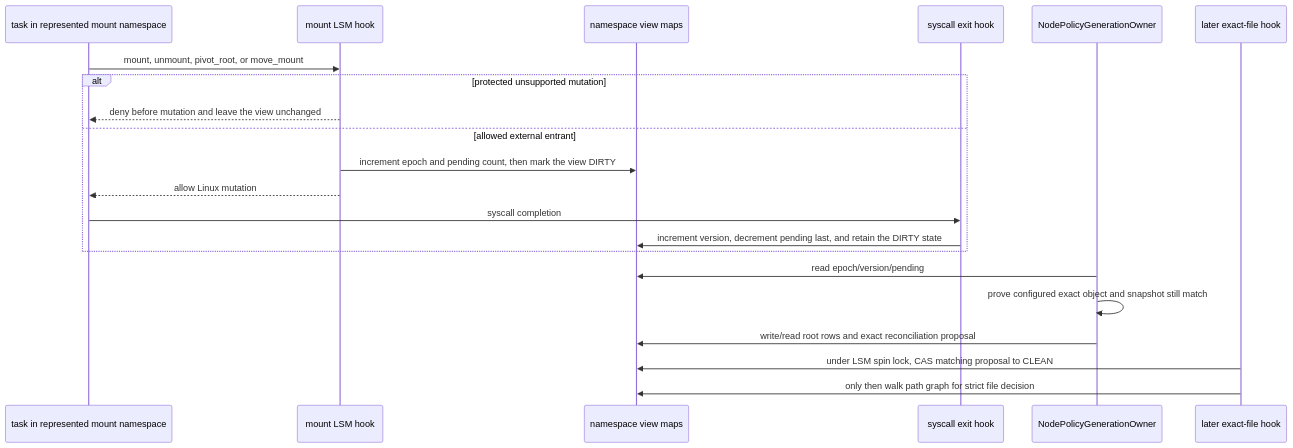
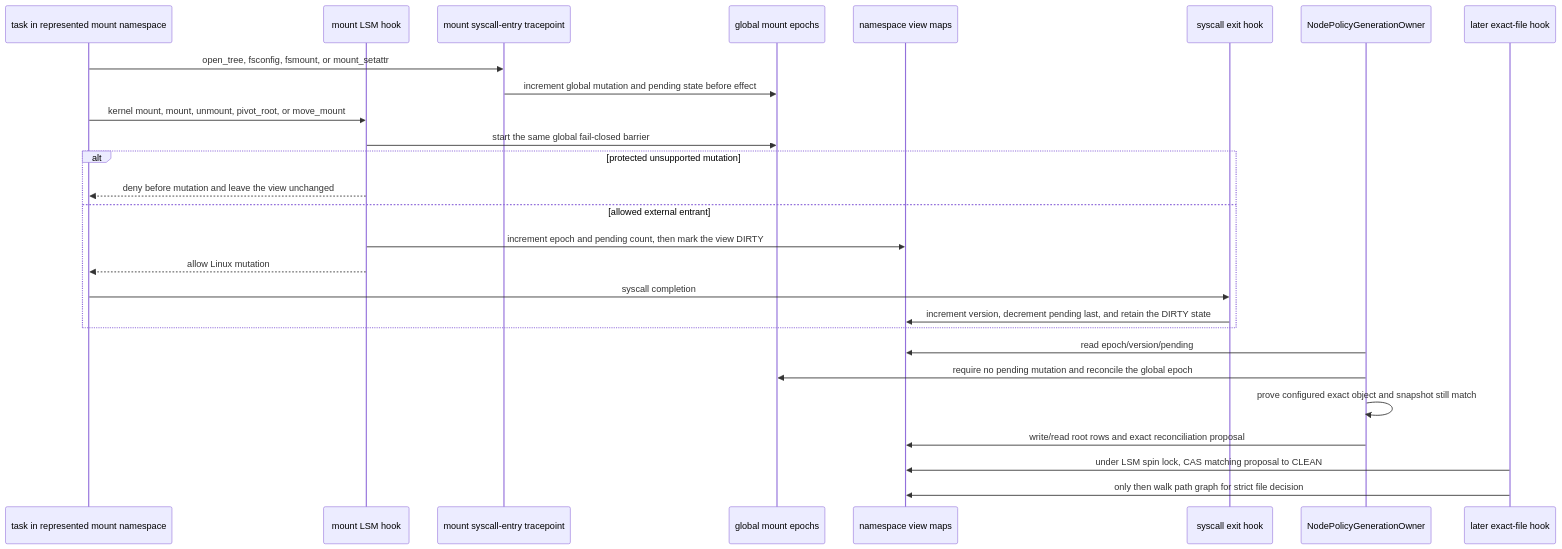
Diagram 18 of 20 in docs/plans/mithril-hugging-face-intrusion-prevention/implemented-phase-review.md (Ereborlabs/erebor-runtime), drawn with Mermaid before and after one commit. The commit also changed other lines of this file and 67 other files, not shown here.

````diff
--- a/docs/plans/mithril-hugging-face-intrusion-prevention/implemented-phase-review.md
+++ b/docs/plans/mithril-hugging-face-intrusion-prevention/implemented-phase-review.md
@@ -1047,24 +1172,30 @@
 ```mermaid
 sequenceDiagram
     participant A as task in represented mount namespace
     participant L as mount LSM hook
+    participant S as mount syscall-entry tracepoint
+    participant G as global mount epochs
     participant V as namespace view maps
     participant X as syscall exit hook
     participant N as NodePolicyGenerationOwner
     participant F as later exact-file hook
 
-    A->>L: mount, unmount, pivot_root, or move_mount
+    A->>S: open_tree, fsconfig, fsmount, or mount_setattr
+    S->>G: increment global mutation and pending state before effect
+    A->>L: kernel mount, mount, unmount, pivot_root, or move_mount
+    L->>G: start the same global fail-closed barrier
     alt protected unsupported mutation
         L-->>A: deny before mutation and leave the view unchanged
     else allowed external entrant
         L->>V: increment epoch and pending count, then mark the view DIRTY
         L-->>A: allow Linux mutation
         A->>X: syscall completion
         X->>V: increment version, decrement pending last, and retain the DIRTY state
     end
     N->>V: read epoch/version/pending
+    N->>G: require no pending mutation and reconcile the global epoch
     N->>N: prove configured exact object and snapshot still match
     N->>V: write/read root rows and exact reconciliation proposal
     F->>V: under LSM spin lock, CAS matching proposal to CLEAN
     F->>V: only then walk path graph for strict file decision
 ```
````
